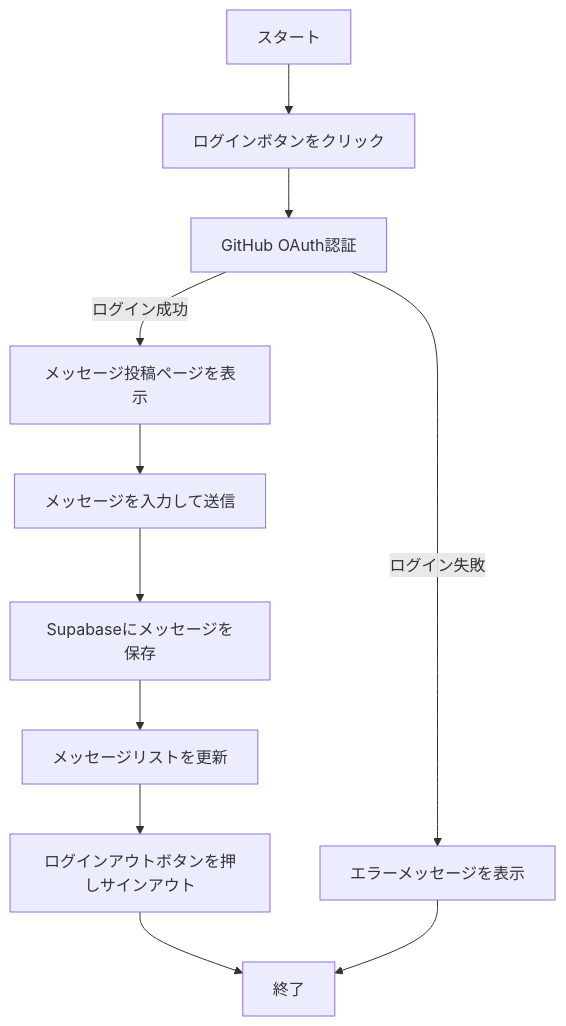
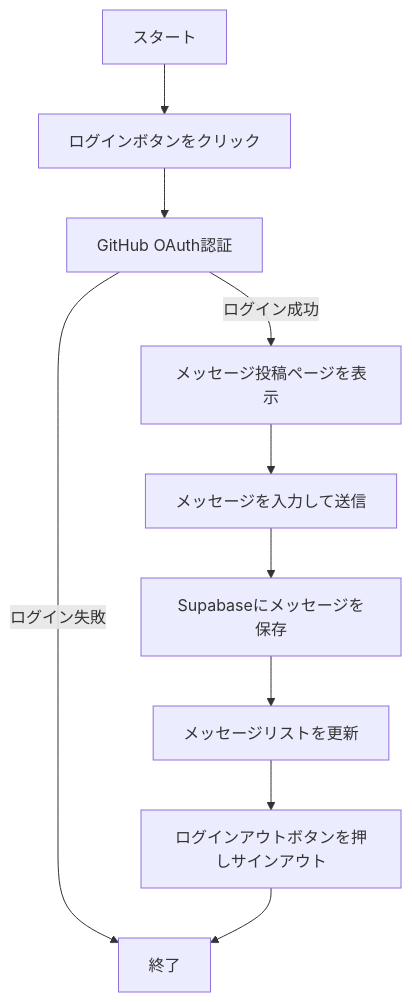
The diagram in README.md (LemonJsx/DirectChat), drawn with Mermaid before and after one commit.

Commit message:
chart change

`````diff
--- a/README.md
+++ b/README.md
@@ -6,13 +6,12 @@
 ```mermaid
 graph TD
     A[スタート] --> B[ログインボタンをクリック]
     B --> C[GitHub OAuth認証]
     C -->|ログイン成功| D[メッセージ投稿ページを表示]
-    C -->|ログイン失敗| E[エラーメッセージを表示]
+    C -->|ログイン失敗| J[終了]
     D --> F[メッセージを入力して送信]
     F --> G[Supabaseにメッセージを保存]
     G --> H[メッセージリストを更新]
     H --> I[ログインアウトボタンを押しサインアウト]
     I --> J[終了]
-    E --> J
 ````
`````
